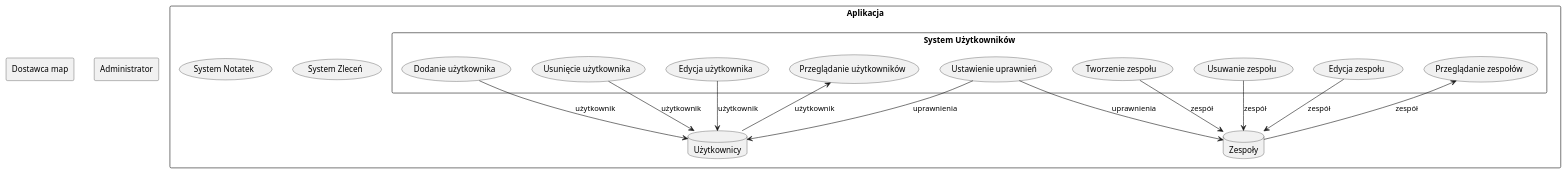
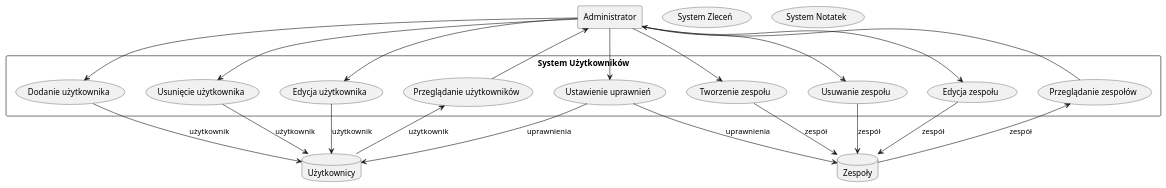
The diagram in ds.users.puml (m-panczyk/gn_plantuml), drawn with PlantUML before and after one commit.

Commit message:
korekta i admin

```diff
--- a/ds.users.puml
+++ b/ds.users.puml
@@ -2,35 +2,41 @@
 @startuml
-rectangle "Dostawca map" as maps
-rectangle "Administrator" as admin
-rectangle Aplikacja as app {
-	rectangle "System Użytkowników" as sn{
-		(Dodanie użytkownika) as add
-		(Usunięcie użytkownika) as del
-		(Edycja użytkownika) as edit
-		(Przeglądanie użytkowników) as view
-		(Ustawienie uprawnień) as perm
-		(Tworzenie zespołu) as teamadd
-		(Usuwanie zespołu) as teamdel
-		(Edycja zespołu) as teamedit
-		(Przeglądanie zespołów) as teamview
+    rectangle "Administrator" as admin
+    rectangle "System Użytkowników" as sn{
+	(Dodanie użytkownika) as add
+	(Usunięcie użytkownika) as del
+	(Edycja użytkownika) as edit
+	(Przeglądanie użytkowników) as view
+	(Ustawienie uprawnień) as perm
+	(Tworzenie zespołu) as teamadd
+	(Usuwanie zespołu) as teamdel
+	(Edycja zespołu) as teamedit
+	(Przeglądanie zespołów) as teamview
     }
     (System Zleceń) as sz
     (System Notatek) as su
     database "Użytkownicy" as dbu
     database "Zespoły" as dbz
+
+    admin --> add
+    admin --> del
+    admin --> edit
+    admin <-- view
+    admin --> perm
+    admin --> teamadd
+    admin --> teamdel
+    admin --> teamedit
+    admin <-- teamview
 
     add --> dbu: użytkownik
     del --> dbu: użytkownik
     edit --> dbu: użytkownik
     view <-- dbu: użytkownik
 
     perm --> dbu: uprawnienia
     perm --> dbz: uprawnienia
 
     teamadd --> dbz: zespół
     teamdel --> dbz: zespół
     teamedit --> dbz: zespół
     teamview <-- dbz: zespół
-
-}
 @enduml
```
